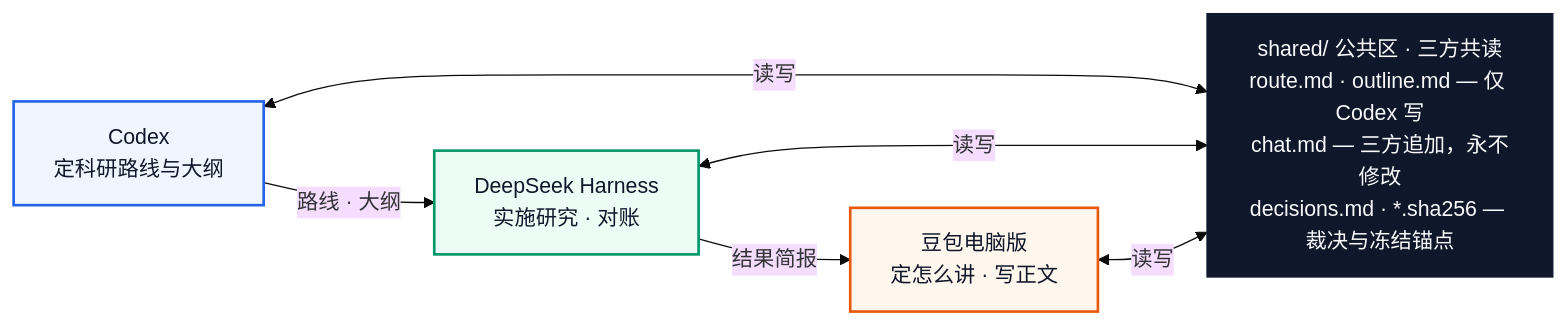
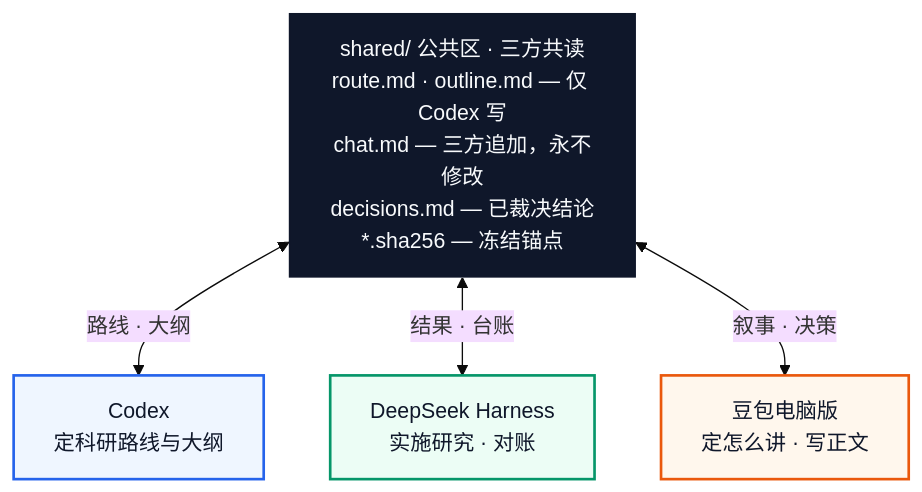
Before and after one commit to xionglovetian/research-collab: the first of 2 diagrams in README.md, drawn with Mermaid (base theme). The commit also changed other lines of this file and 1 other file, not shown here.

Commit message:
docs: 流水线也改用 Mermaid；修正公共区节点文字溢出

````diff
--- a/README.md
+++ b/README.md
@@ -7,24 +7,21 @@
 ```mermaid
-flowchart LR
+flowchart TB
+    SH["shared/ 公共区 · 三方共读<br/>route.md · outline.md — 仅 Codex 写<br/>chat.md — 三方追加，永不修改<br/>decisions.md — 已裁决结论<br/>*.sha256 — 冻结锚点"]
+
     CX["Codex<br/>定科研路线与大纲"]
     DS["DeepSeek Harness<br/>实施研究 · 对账"]
     DB["豆包电脑版<br/>定怎么讲 · 写正文"]
 
-    SH["shared/ 公共区 · 三方共读<br/>route.md · outline.md — 仅 Codex 写<br/>chat.md — 三方追加，永不修改<br/>decisions.md · *.sha256 — 裁决与冻结锚点"]
-
-    CX <-->|"读写"| SH
-    DS <-->|"读写"| SH
-    DB <-->|"读写"| SH
-
-    CX -->|"路线 · 大纲"| DS
-    DS -->|"结果简报"| DB
+    SH <-->|"路线 · 大纲"| CX
+    SH <-->|"结果 · 台账"| DS
+    SH <-->|"叙事 · 决策"| DB
 
     classDef codex fill:#eff6ff,stroke:#2563eb,stroke-width:2px,color:#0f172a
     classDef dsh fill:#ecfdf5,stroke:#059669,stroke-width:2px,color:#0f172a
     classDef db fill:#fff7ed,stroke:#ea580c,stroke-width:2px,color:#0f172a
     classDef shared fill:#0f172a,stroke:#0f172a,color:#f8fafc
     class CX codex
     class DS dsh
     class DB db
     class SH shared
 ```
````
